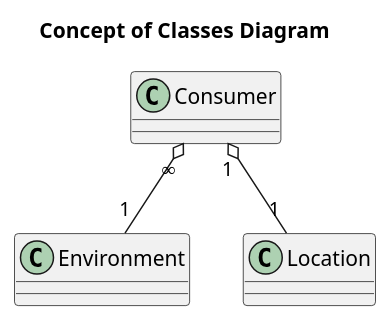
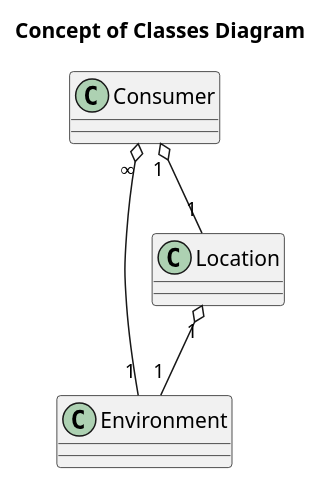
One commit to oleksandrblazhko/ai204-maksimenko changed the diagram in 2-SoftwareDesign/2.7-PlantUML/UML-ConceptClasses.puml. Above: the diagram before and after it, drawn with PlantUML.

```diff
--- a/2-SoftwareDesign/2.7-PlantUML/UML-ConceptClasses.puml
+++ b/2-SoftwareDesign/2.7-PlantUML/UML-ConceptClasses.puml
@@ -1,12 +1,13 @@
 @startuml
 title Concept of Classes Diagram 
 
 
 Class Consumer
 Class Environment
 Class Location
 
 
 Consumer"1" o-- "1"Location
 Consumer"∞" o-- "1"Environment
+Location"1" o-- "1"Environment
 @enduml
```
